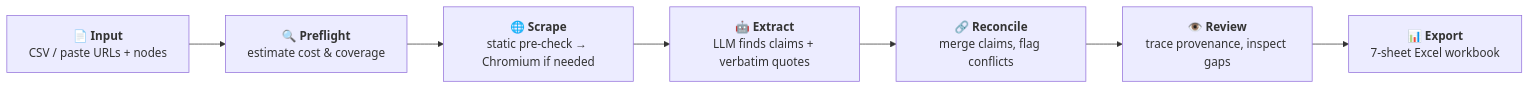
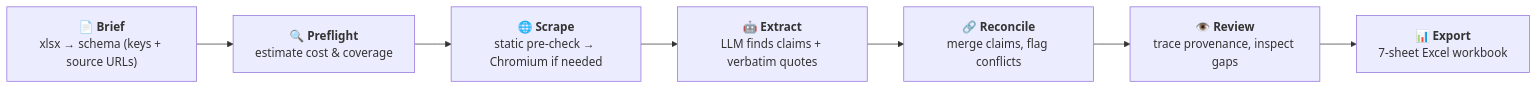
The diagram in README.md (Ali0x2f/seo_pipeline), drawn with Mermaid before and after one commit. The commit also changed other lines of this file and 1 other file, not shown here.

Commit message:
docs: document brief-driven routing, prompts and quick start

````diff
--- a/README.md
+++ b/README.md
@@ -6,9 +6,9 @@
 ```mermaid
 flowchart LR
-    A["📄 <b>Input</b><br/>CSV / paste URLs + nodes"] --> B["🔍 <b>Preflight</b><br/>estimate cost & coverage"]
+    A["📄 <b>Brief</b><br/>xlsx → schema (keys + source URLs)"] --> B["🔍 <b>Preflight</b><br/>estimate cost & coverage"]
     B --> C["🌐 <b>Scrape</b><br/>static pre-check → Chromium if needed"]
     C --> D["🤖 <b>Extract</b><br/>LLM finds claims + verbatim quotes"]
     D --> E["🔗 <b>Reconcile</b><br/>merge claims, flag conflicts"]
     E --> F["👁️ <b>Review</b><br/>trace provenance, inspect gaps"]
     F --> G["📊 <b>Export</b><br/>7-sheet Excel workbook"]
 ```
````
